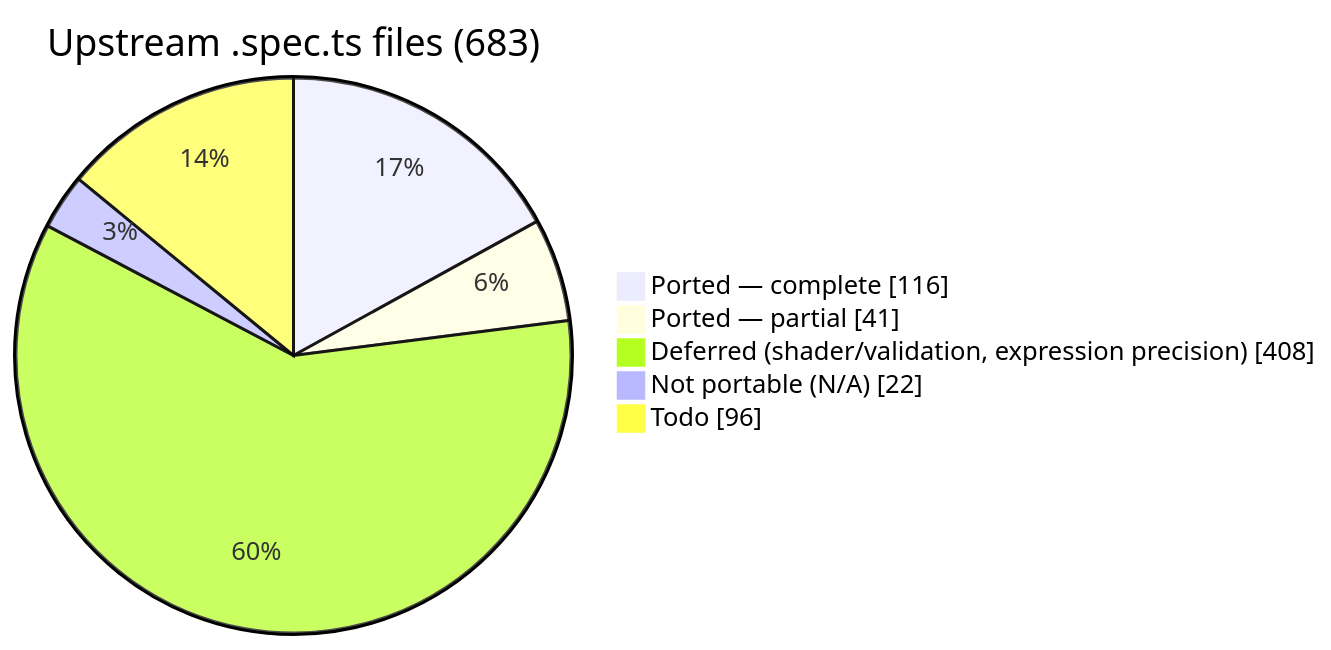
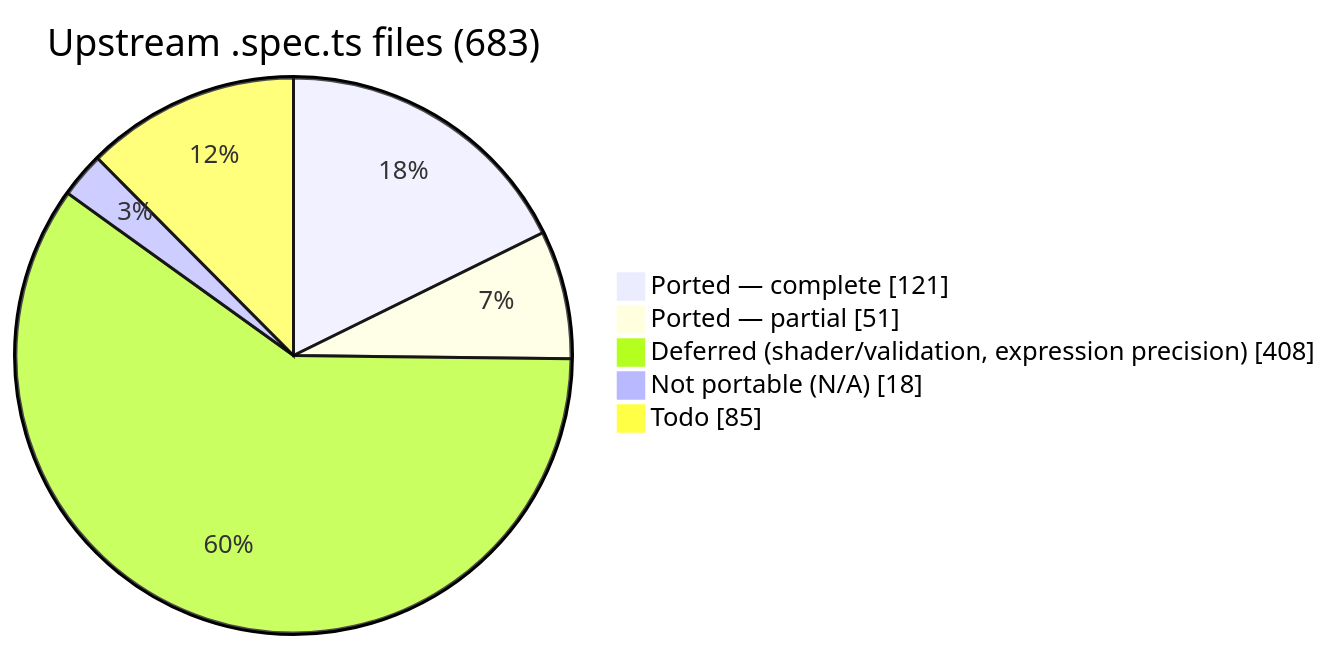
One commit to infosia/webgpu-native-cts changed the first of 2 diagrams in README.md. Above: the diagram before and after it, drawn with Mermaid. The commit also changed other lines of this file and 18 other files, not shown here.

````diff
--- a/README.md
+++ b/README.md
@@ -94,9 +94,9 @@
 ```mermaid
 pie showData
     title Upstream .spec.ts files (683)
-    "Ported — complete" : 116
-    "Ported — partial" : 41
+    "Ported — complete" : 121
+    "Ported — partial" : 51
     "Deferred (shader/validation, expression precision)" : 408
-    "Not portable (N/A)" : 22
-    "Todo" : 96
+    "Not portable (N/A)" : 18
+    "Todo" : 85
 ```
````
